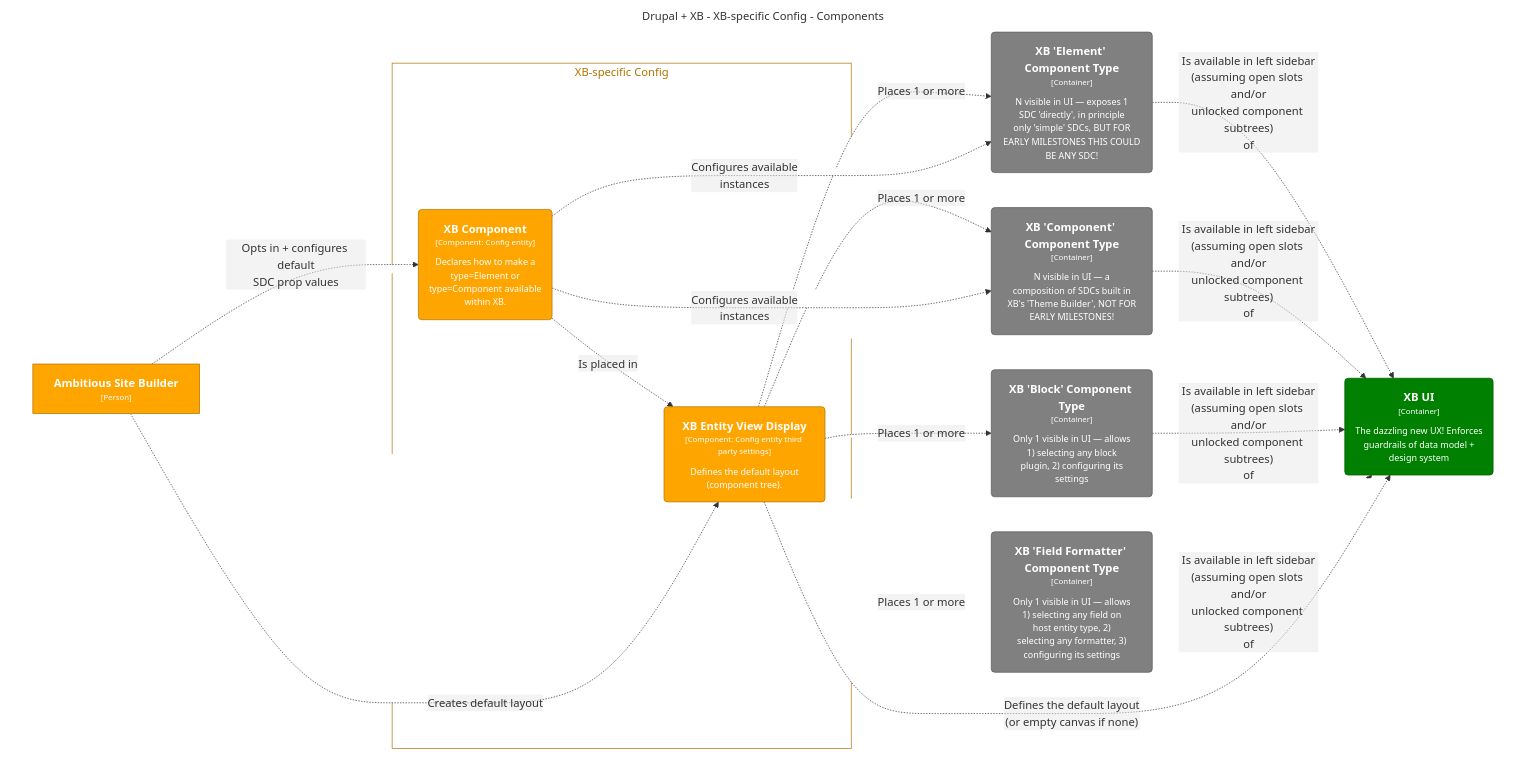
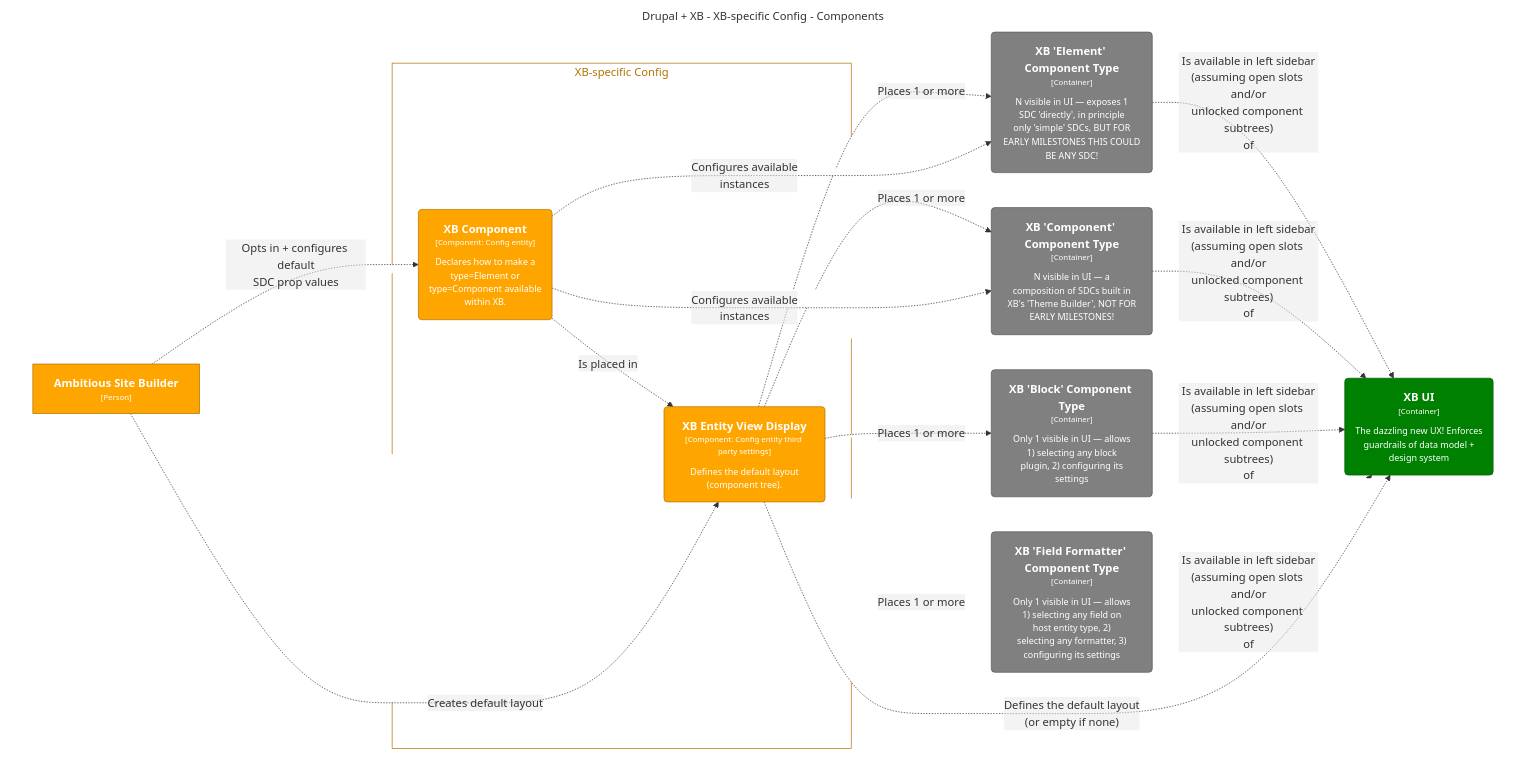
One commit to lauriii/canvas changed the diagram in docs/diagrams/structurizr-Component-001.md. Above: the diagram before and after it, drawn with Mermaid. The commit also changed 29 other files, not shown here.

````diff
--- a/docs/diagrams/structurizr-Component-001.md
+++ b/docs/diagrams/structurizr-Component-001.md
@@ -1,50 +1,50 @@
 ```mermaid
 graph TB
   linkStyle default fill:#ffffff
 
   subgraph diagram ["Drupal + XB - XB-specific Config - Components"]
     style diagram fill:#ffffff,stroke:#ffffff
 
     1["<div style='font-weight: bold'>Ambitious Site Builder</div><div style='font-size: 70%; margin-top: 0px'>[Person]</div>"]
     style 1 fill:#ffa500,stroke:#b27300,color:#ffffff
     22("<div style='font-weight: bold'>XB 'Element' Component Type</div><div style='font-size: 70%; margin-top: 0px'>[Container]</div><div style='font-size: 80%; margin-top:10px'>N visible in UI — exposes 1<br />SDC 'directly', in principle<br />only 'simple' SDCs, BUT FOR<br />EARLY MILESTONES THIS COULD<br />BE ANY SDC!</div>")
     click 22 https://www.drupal.org/project/experience_builder/issues/3444417 "https://www.drupal.org/project/experience_builder/issues/3444417"
     style 22 fill:#808080,stroke:#595959,color:#ffffff
     26("<div style='font-weight: bold'>XB 'Component' Component Type</div><div style='font-size: 70%; margin-top: 0px'>[Container]</div><div style='font-size: 80%; margin-top:10px'>N visible in UI — a<br />composition of SDCs built in<br />XB's 'Theme Builder', NOT FOR<br />EARLY MILESTONES!</div>")
     click 26 https://www.drupal.org/project/experience_builder/issues/3444417 "https://www.drupal.org/project/experience_builder/issues/3444417"
     style 26 fill:#808080,stroke:#595959,color:#ffffff
     30("<div style='font-weight: bold'>XB 'Block' Component Type</div><div style='font-size: 70%; margin-top: 0px'>[Container]</div><div style='font-size: 80%; margin-top:10px'>Only 1 visible in UI — allows<br />1) selecting any block<br />plugin, 2) configuring its<br />settings</div>")
     click 30 https://www.drupal.org/project/experience_builder/issues/3444417 "https://www.drupal.org/project/experience_builder/issues/3444417"
     style 30 fill:#808080,stroke:#595959,color:#ffffff
     33("<div style='font-weight: bold'>XB 'Field Formatter' Component Type</div><div style='font-size: 70%; margin-top: 0px'>[Container]</div><div style='font-size: 80%; margin-top:10px'>Only 1 visible in UI — allows<br />1) selecting any field on<br />host entity type, 2)<br />selecting any formatter, 3)<br />configuring its settings</div>")
     click 33 https://www.drupal.org/project/experience_builder/issues/3444417 "https://www.drupal.org/project/experience_builder/issues/3444417"
     style 33 fill:#808080,stroke:#595959,color:#ffffff
     46("<div style='font-weight: bold'>XB UI</div><div style='font-size: 70%; margin-top: 0px'>[Container]</div><div style='font-size: 80%; margin-top:10px'>The dazzling new UX! Enforces<br />guardrails of data model +<br />design system</div>")
     click 46 https://www.drupal.org/project/experience_builder/issues/3454094 "https://www.drupal.org/project/experience_builder/issues/3454094"
     style 46 fill:#008000,stroke:#005900,color:#ffffff
 
     subgraph 14 ["XB-specific Config"]
       style 14 fill:#ffffff,stroke:#b27300,color:#b27300
 
       16("<div style='font-weight: bold'>XB Component</div><div style='font-size: 70%; margin-top: 0px'>[Component: Config entity]</div><div style='font-size: 80%; margin-top:10px'>Declares how to make a<br />type=Element or<br />type=Component available<br />within XB.</div>")
       style 16 fill:#ffa500,stroke:#b27300,color:#ffffff
       19("<div style='font-weight: bold'>XB Entity View Display</div><div style='font-size: 70%; margin-top: 0px'>[Component: Config entity third party settings]</div><div style='font-size: 80%; margin-top:10px'>Defines the default layout<br />(component tree).</div>")
       style 19 fill:#ffa500,stroke:#b27300,color:#ffffff
     end
 
     1-. "<div>Opts in + configures default<br />SDC prop values</div><div style='font-size: 70%'></div>" .->16
     16-. "<div>Is placed in</div><div style='font-size: 70%'></div>" .->19
     1-. "<div>Creates default layout</div><div style='font-size: 70%'></div>" .->19
     19-. "<div>Places 1 or more</div><div style='font-size: 70%'></div>" .->22
     16-. "<div>Configures available<br />instances</div><div style='font-size: 70%'></div>" .->22
     19-. "<div>Places 1 or more</div><div style='font-size: 70%'></div>" .->26
     16-. "<div>Configures available<br />instances</div><div style='font-size: 70%'></div>" .->26
     19-. "<div>Places 1 or more</div><div style='font-size: 70%'></div>" .->30
     19-. "<div>Places 1 or more</div><div style='font-size: 70%'></div>" .->33
     22-. "<div>Is available in left sidebar<br />(assuming open slots and/or<br />unlocked component subtrees)<br />of</div><div style='font-size: 70%'></div>" .->46
     26-. "<div>Is available in left sidebar<br />(assuming open slots and/or<br />unlocked component subtrees)<br />of</div><div style='font-size: 70%'></div>" .->46
     30-. "<div>Is available in left sidebar<br />(assuming open slots and/or<br />unlocked component subtrees)<br />of</div><div style='font-size: 70%'></div>" .->46
     33-. "<div>Is available in left sidebar<br />(assuming open slots and/or<br />unlocked component subtrees)<br />of</div><div style='font-size: 70%'></div>" .->46
-    19-. "<div>Defines the default layout<br />(or empty canvas if none)</div><div style='font-size: 70%'></div>" .->46
+    19-. "<div>Defines the default layout<br />(or empty if none)</div><div style='font-size: 70%'></div>" .->46
   end
 ```
````
